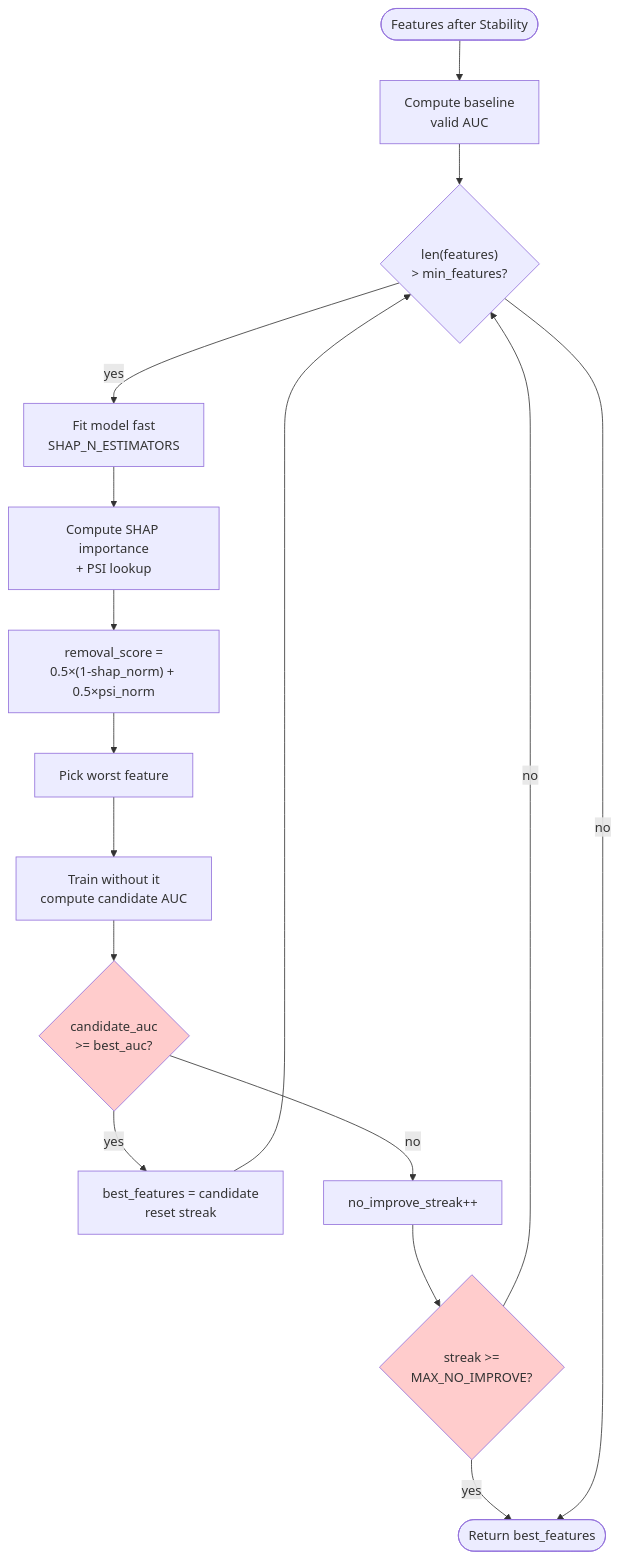
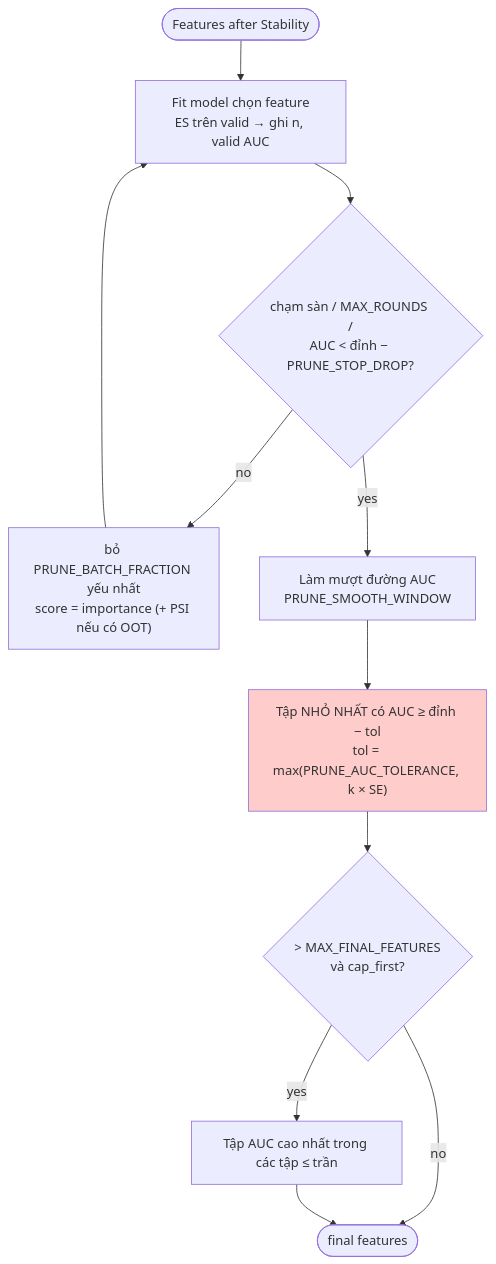
Diagram 16 of 25 in docs/architecture.md (baongoc83/Multi-Agent-Auto-ML_NB), drawn with Mermaid before and after one commit. The commit also changed other lines of this file and 6 other files, not shown here.

````diff
--- a/docs/architecture.md
+++ b/docs/architecture.md
@@ -662,25 +667,15 @@
 ```mermaid
 flowchart TD
-    Start([Features after Stability]) --> Base[Compute baseline<br/>valid AUC]
-    Base --> Iter{"len(features)<br/>> min_features?"}
+    Start([Features after Stability]) --> Fit[Fit model chọn feature<br/>ES trên valid → ghi n, valid AUC]
+    Fit --> Stop{"chạm sàn / MAX_ROUNDS /<br/>AUC < đỉnh − PRUNE_STOP_DROP?"}
+    Stop -->|no| Drop["bỏ PRUNE_BATCH_FRACTION yếu nhất<br/>score = importance (+ PSI nếu có OOT)"]
+    Drop --> Fit
+    Stop -->|yes| Smooth[Làm mượt đường AUC<br/>PRUNE_SMOOTH_WINDOW]
+    Smooth --> Pick["Tập NHỎ NHẤT có AUC ≥ đỉnh − tol<br/>tol = max(PRUNE_AUC_TOLERANCE, k × SE)"]
+    Pick --> Cap{"> MAX_FINAL_FEATURES<br/>và cap_first?"}
+    Cap -->|yes| Best[Tập AUC cao nhất trong các tập ≤ trần]
+    Cap -->|no| End([final features])
+    Best --> End
 
-    Iter -->|yes| Fit[Fit model fast<br/>SHAP_N_ESTIMATORS]
-    Fit --> Shap[Compute SHAP importance<br/>+ PSI lookup]
-    Shap --> Score["removal_score =<br/>0.5×(1-shap_norm) + 0.5×psi_norm"]
-    Score --> Worst[Pick worst feature]
-    Worst --> Try[Train without it<br/>compute candidate AUC]
-    Try --> Improve{"candidate_auc<br/>>= best_auc?"}
-
-    Improve -->|yes| Update[best_features = candidate<br/>reset streak]
-    Improve -->|no| Streak[no_improve_streak++]
-
-    Update --> Iter
-    Streak --> Stop{"streak >=<br/>MAX_NO_IMPROVE?"}
-    Stop -->|yes| End
-    Stop -->|no| Iter
-
-    Iter -->|no| End([Return best_features])
-
-    style Improve fill:#ffcccc
-    style Stop fill:#ffcccc
+    style Pick fill:#ffcccc
 ```
````
